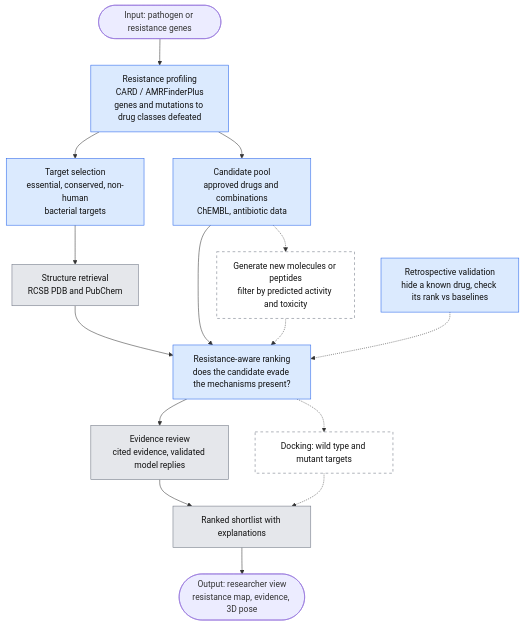
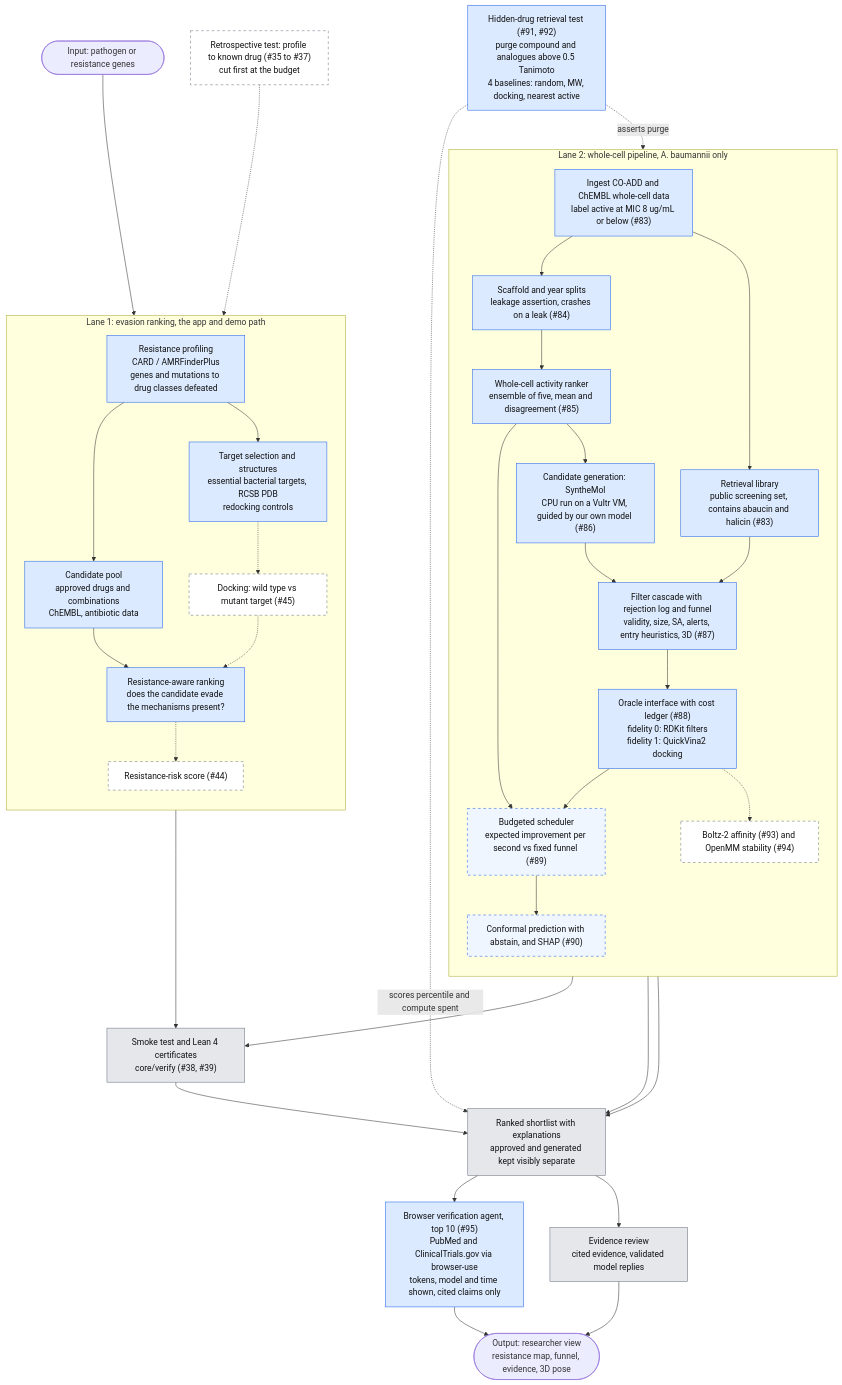
One commit to saumyajain2007/HTB26-Main changed the diagram in README.md. Above: the diagram before and after it, drawn with Mermaid. The commit also changed other lines of this file, not shown here.

Commit message:
modified architecture
Entire-Checkpoint: 01M6WFJAD6F05VSGXJ7DMKQW9R

````diff
--- a/README.md
+++ b/README.md
@@ -16,25 +18,54 @@
 ```mermaid
 flowchart TD
-    A([Input: pathogen or resistance genes]) --> B[Resistance profiling<br/>CARD / AMRFinderPlus<br/>genes and mutations to drug classes defeated]
-    B --> C[Target selection<br/>essential, conserved, non-human<br/>bacterial targets]
-    C --> D[Structure retrieval<br/>RCSB PDB and PubChem]
-    B --> E[Candidate pool<br/>approved drugs and combinations<br/>ChEMBL, antibiotic data]
-    D --> F
-    E --> F[Resistance-aware ranking<br/>does the candidate evade the mechanisms present?]
-    F --> G[Evidence review<br/>cited evidence, validated model replies]
-    G --> H[Ranked shortlist with explanations]
-    H --> I([Output: researcher view<br/>resistance map, evidence, 3D pose])
+    A([Input: pathogen or resistance genes]) --> B
 
-    F -.-> J[Docking: wild type and mutant targets]:::stretch
-    J -.-> H
-    E -.-> K[Generate new molecules or peptides<br/>filter by predicted activity and toxicity]:::stretch
-    K -.-> F
+    subgraph L1 [Lane 1: evasion ranking, the app and demo path]
+        direction TB
+        B["Resistance profiling<br/>CARD / AMRFinderPlus<br/>genes and mutations to drug classes defeated"]
+        B --> E["Candidate pool<br/>approved drugs and combinations<br/>ChEMBL, antibiotic data"]
+        B --> C["Target selection and structures<br/>essential bacterial targets, RCSB PDB<br/>redocking controls"]
+        E --> F["Resistance-aware ranking<br/>does the candidate evade the mechanisms present?"]
+        C -.-> M["Docking: wild type vs mutant target (#45)"]:::cut
+        M -.-> F
+        F -.-> R["Resistance-risk score (#44)"]:::cut
+    end
 
-    V[Retrospective validation<br/>hide a known drug, check its rank vs baselines] -.-> F
+    subgraph L2 [Lane 2: whole-cell pipeline, A. baumannii only]
+        direction TB
+        W1["Ingest CO-ADD and ChEMBL whole-cell data<br/>label active at MIC 8 ug/mL or below (#83)"]
+        W1 --> W2["Scaffold and year splits<br/>leakage assertion, crashes on a leak (#84)"]
+        W1 --> LIB["Retrieval library<br/>public screening set, contains abaucin and halicin (#83)"]
+        W2 --> W3["Whole-cell activity ranker<br/>ensemble of five, mean and disagreement (#85)"]
+        W3 --> G1["Candidate generation: SyntheMol<br/>CPU run on a Vultr VM, guided by our own model (#86)"]
+        G1 --> W4
+        LIB --> W4["Filter cascade with rejection log and funnel<br/>validity, size, SA, alerts, entry heuristics, 3D (#87)"]
+        W4 --> W5["Oracle interface with cost ledger (#88)<br/>fidelity 0: RDKit filters<br/>fidelity 1: QuickVina2 docking"]
+        W3 --> W6
+        W5 --> W6["Budgeted scheduler<br/>expected improvement per second vs fixed funnel (#89)"]:::tier2
+        W6 --> W7["Conformal prediction with abstain, and SHAP (#90)"]:::tier2
+        W5 -.-> O2["Boltz-2 affinity (#93) and OpenMM stability (#94)"]:::cut
+    end
+
+    S["Smoke test and Lean 4 certificates<br/>core/verify (#38, #39)"]
+    F --> S
+    W5 --> S
+    S --> H["Ranked shortlist with explanations<br/>approved and generated kept visibly separate"]
+    W7 --> H
+    W5 --> H
+
+    H --> BA["Browser verification agent, top 10 (#95)<br/>PubMed and ClinicalTrials.gov via browser-use<br/>tokens, model and time shown, cited claims only"]
+    H --> J["Evidence review<br/>cited evidence, validated model replies"]
+    BA --> I
+    J --> I([Output: researcher view<br/>resistance map, funnel, evidence, 3D pose])
+
+    V1["Hidden-drug retrieval test (#91, #92)<br/>purge compound and analogues above 0.5 Tanimoto<br/>4 baselines: random, MW, docking, nearest active"] -.->|asserts purge| W2
+    V1 -.->|scores percentile and compute spent| H
+    V2["Retrospective test: profile to known drug (#35 to #37)<br/>cut first at the budget"]:::cut -.-> F
 
     classDef new fill:#dbeafe,stroke:#2563eb,color:#111;
     classDef reused fill:#e5e7eb,stroke:#6b7280,color:#111;
-    classDef stretch fill:#fff,stroke:#6b7280,stroke-dasharray: 5 5,color:#111;
-    class B,C,E,F,V new;
-    class D,G,H reused;
+    classDef tier2 fill:#eff6ff,stroke:#2563eb,stroke-dasharray: 5 5,color:#111;
+    classDef cut fill:#fff,stroke:#6b7280,stroke-dasharray: 5 5,color:#111;
+    class B,C,E,F,W1,W2,W3,G1,W4,W5,LIB,V1,BA new;
+    class S,J,H reused;
 ```
````
